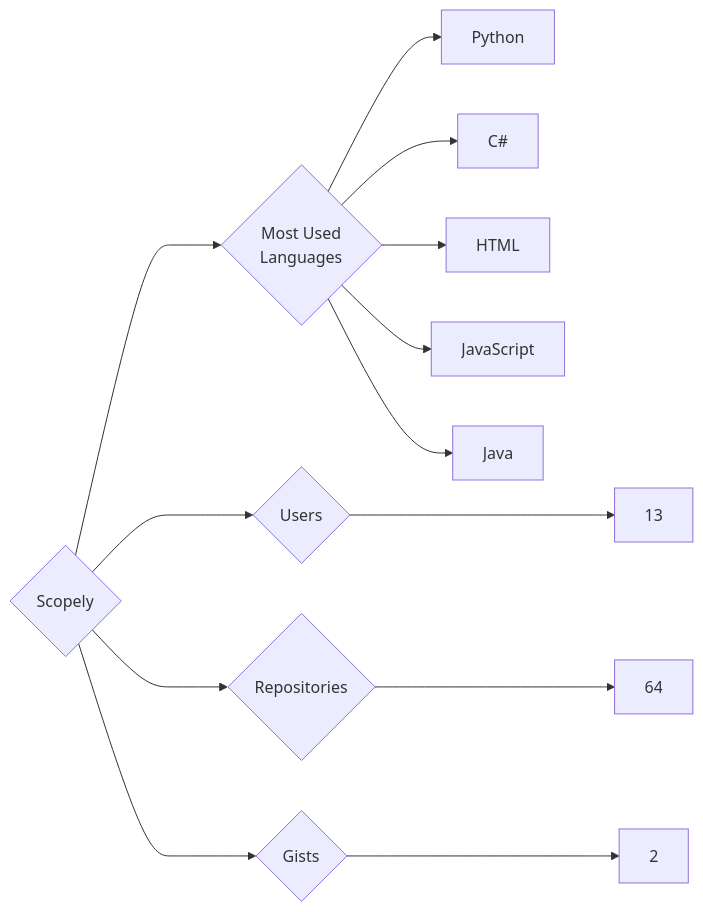
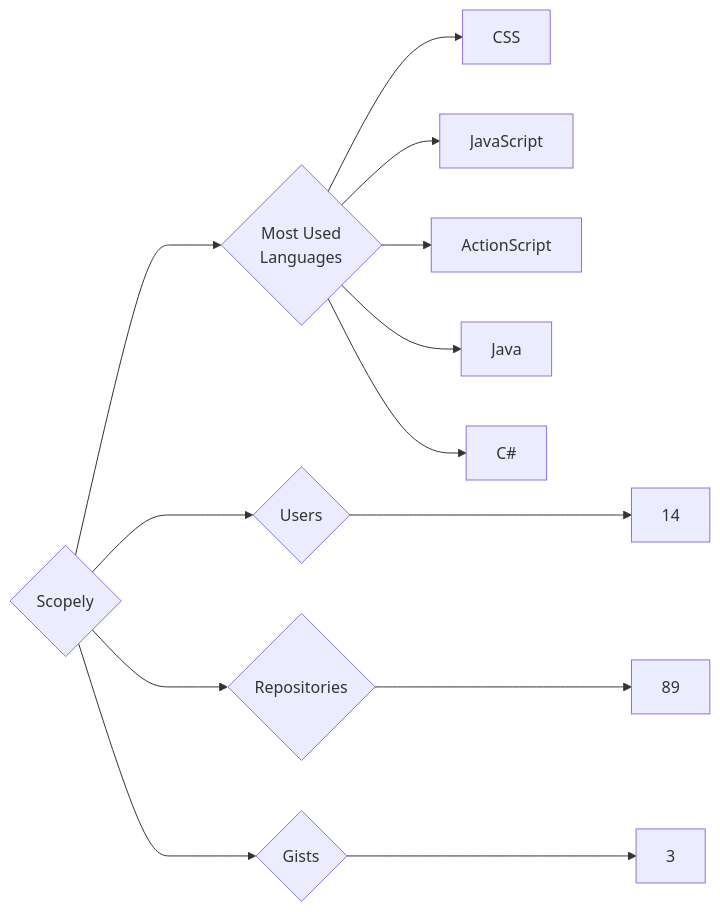
Before and after one commit to trickest/insiders: the diagram in targets/Scopely/README.md, drawn with Mermaid. The commit also changed 1479 other files, not shown here.

````diff
--- a/targets/Scopely/README.md
+++ b/targets/Scopely/README.md
@@ -3,13 +3,13 @@
 ```mermaid
 graph LR
 COMPANY_NAME{Scopely}
-COMPANY_NAME ---> U{Users} ---> UN[13]
-COMPANY_NAME ---> R{Repositories} ---> RN[64]
-COMPANY_NAME ---> G{Gists} ---> GN[2]
+COMPANY_NAME ---> U{Users} ---> UN[14]
+COMPANY_NAME ---> R{Repositories} ---> RN[89]
+COMPANY_NAME ---> G{Gists} ---> GN[3]
 COMPANY_NAME ---> ML{Most Used<br>Languages}
-ML --> Python[Python]
+ML --> CSS[CSS]
+ML --> JavaScript[JavaScript]
+ML --> ActionScript[ActionScript]
+ML --> Java[Java]
 ML --> C#[C#]
-ML --> HTML[HTML]
-ML --> JavaScript[JavaScript]
-ML --> Java[Java]
 ```
````
